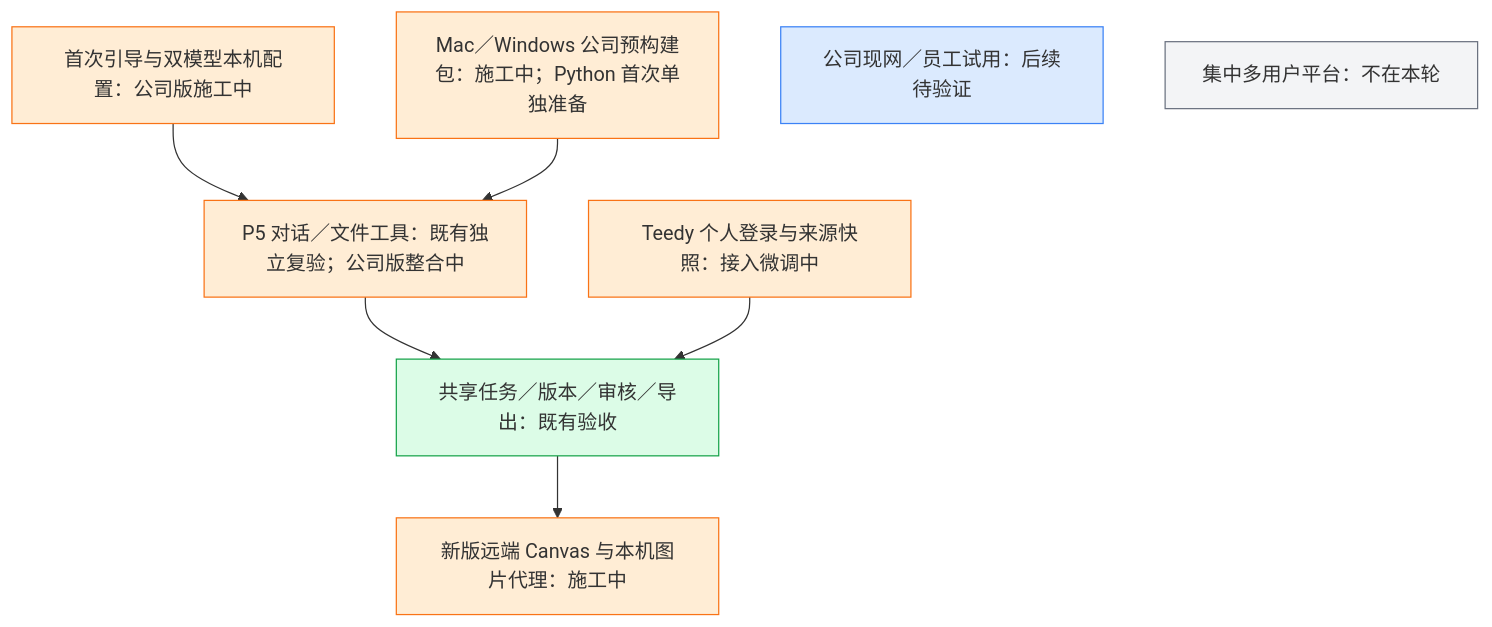
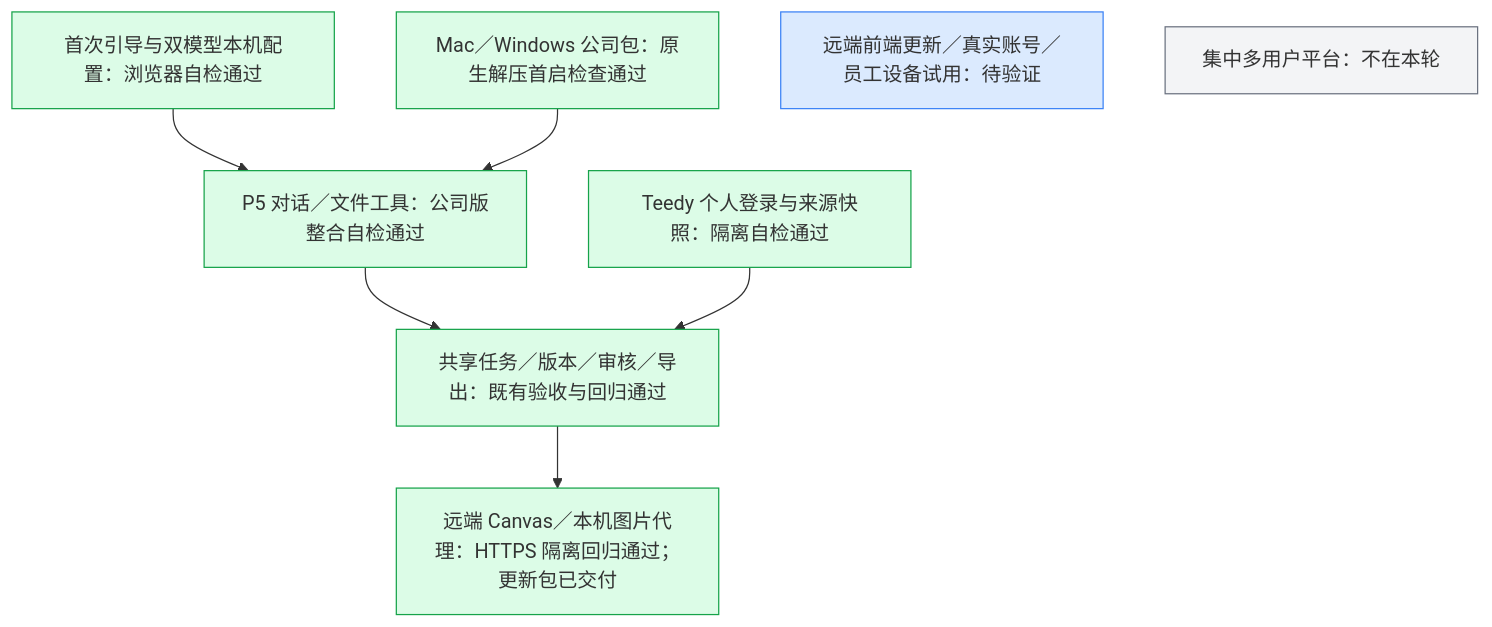
One commit to akechi0819-lgtm/creative-Agent-studio changed the first of 4 diagrams in docs/工程进度.md. Above: the diagram before and after it, drawn with Mermaid. The commit also changed other lines of this file and 1 other file, not shown here.

Commit message:
Record company native package checks and delivery hashes

````diff
--- a/docs/工程进度.md
+++ b/docs/工程进度.md
@@ -7,18 +7,16 @@
 ```mermaid
 flowchart TB
-  WEB["P5 对话／文件工具：既有独立复验；公司版整合中"] --> CORE["共享任务／版本／审核／导出：既有验收"]
-  LIB["Teedy 个人登录与来源快照：接入微调中"] --> CORE
-  MODEL["首次引导与双模型本机配置：公司版施工中"] --> WEB
-  CORE --> CANVAS["新版远端 Canvas 与本机图片代理：施工中"]
-  DIST["Mac／Windows 公司预构建包：施工中；Python 首次单独准备"] --> WEB
-  NEXT["公司现网／员工试用：后续待验证"]
+  WEB["P5 对话／文件工具：公司版整合自检通过"] --> CORE["共享任务／版本／审核／导出：既有验收与回归通过"]
+  LIB["Teedy 个人登录与来源快照：隔离自检通过"] --> CORE
+  MODEL["首次引导与双模型本机配置：浏览器自检通过"] --> WEB
+  CORE --> CANVAS["远端 Canvas／本机图片代理：HTTPS 隔离回归通过；更新包已交付"]
+  DIST["Mac／Windows 公司包：原生解压首启检查通过"] --> WEB
+  NEXT["远端前端更新／真实账号／员工设备试用：待验证"]
   FUTURE["集中多用户平台：不在本轮"]
   classDef done fill:#dcfce7,stroke:#16a34a;
-  classDef current fill:#ffedd5,stroke:#f97316;
   classDef next fill:#dbeafe,stroke:#3b82f6;
   classDef later fill:#f3f4f6,stroke:#6b7280;
-  class CORE done;
-  class WEB,LIB,MODEL,CANVAS,DIST current;
+  class CORE,WEB,LIB,MODEL,CANVAS,DIST done;
   class NEXT next;
   class FUTURE later;
 ```
````
